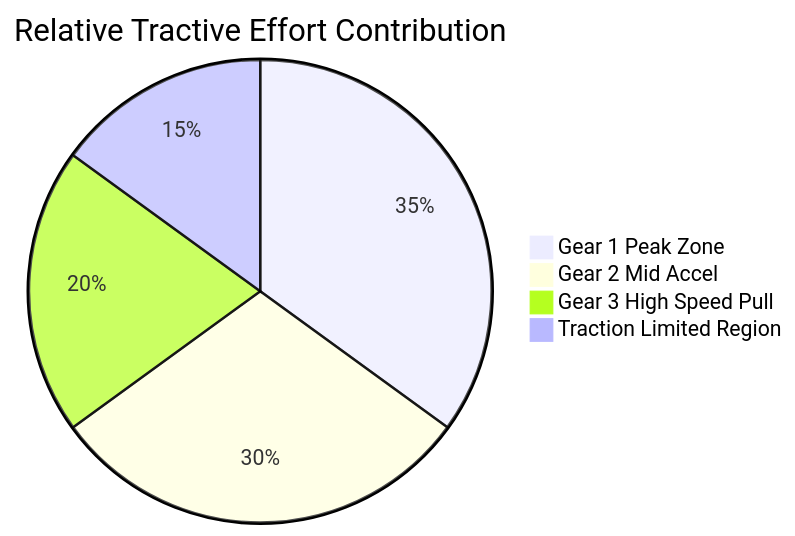
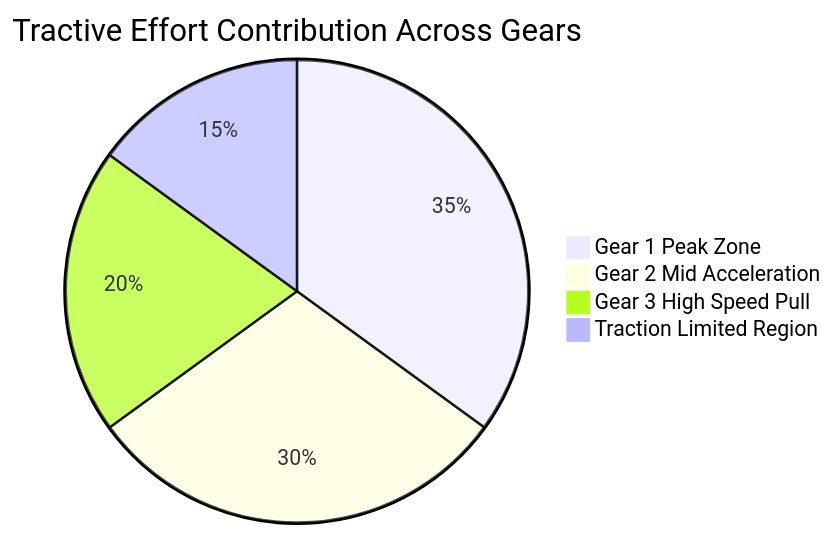
The fourth of 6 diagrams in README.md (Punyamittal/gear-lab-pro), drawn with Mermaid before and after one commit. The commit also changed other lines of this file, not shown here.

````diff
--- a/README.md
+++ b/README.md
@@ -95,9 +103,7 @@
 ```mermaid
-
-pie title Relative Tractive Effort Contribution
+pie title Tractive Effort Contribution Across Gears
     "Gear 1 Peak Zone" : 35
-    "Gear 2 Mid Accel" : 30
+    "Gear 2 Mid Acceleration" : 30
     "Gear 3 High Speed Pull" : 20
     "Traction Limited Region" : 15
-
 ```
````
